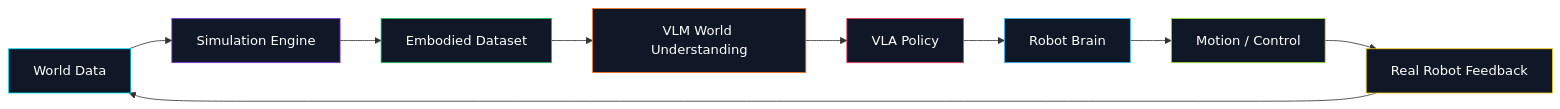
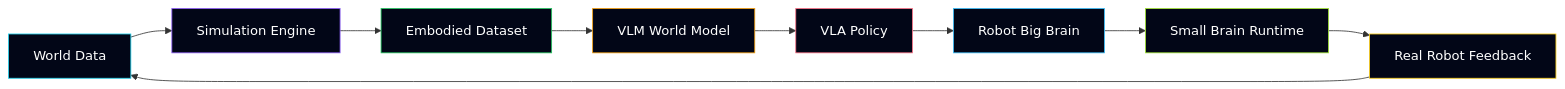
Before and after one commit to eust-w/eust-w: the diagram in README.md, drawn with Mermaid. The commit also changed other lines of this file and 2 other files, not shown here.

````diff
--- a/README.md
+++ b/README.md
@@ -49,20 +50,20 @@
 ```mermaid
 flowchart LR
   A[World Data] --> B[Simulation Engine]
   B --> C[Embodied Dataset]
-  C --> D[VLM World Understanding]
+  C --> D[VLM World Model]
   D --> E[VLA Policy]
-  E --> F[Robot Brain]
-  F --> G[Motion / Control]
+  E --> F[Robot Big Brain]
+  F --> G[Small Brain Runtime]
   G --> H[Real Robot Feedback]
   H --> A
 
-  style A fill:#101828,stroke:#00e5ff,color:#ffffff
-  style B fill:#101828,stroke:#7c3aed,color:#ffffff
-  style C fill:#101828,stroke:#22c55e,color:#ffffff
-  style D fill:#101828,stroke:#f97316,color:#ffffff
-  style E fill:#101828,stroke:#f43f5e,color:#ffffff
-  style F fill:#101828,stroke:#38bdf8,color:#ffffff
-  style G fill:#101828,stroke:#a3e635,color:#ffffff
-  style H fill:#101828,stroke:#facc15,color:#ffffff
+  style A fill:#020617,stroke:#22d3ee,color:#ffffff
+  style B fill:#020617,stroke:#8b5cf6,color:#ffffff
+  style C fill:#020617,stroke:#22c55e,color:#ffffff
+  style D fill:#020617,stroke:#f59e0b,color:#ffffff
+  style E fill:#020617,stroke:#fb7185,color:#ffffff
+  style F fill:#020617,stroke:#38bdf8,color:#ffffff
+  style G fill:#020617,stroke:#a3e635,color:#ffffff
+  style H fill:#020617,stroke:#facc15,color:#ffffff
 ```
````
